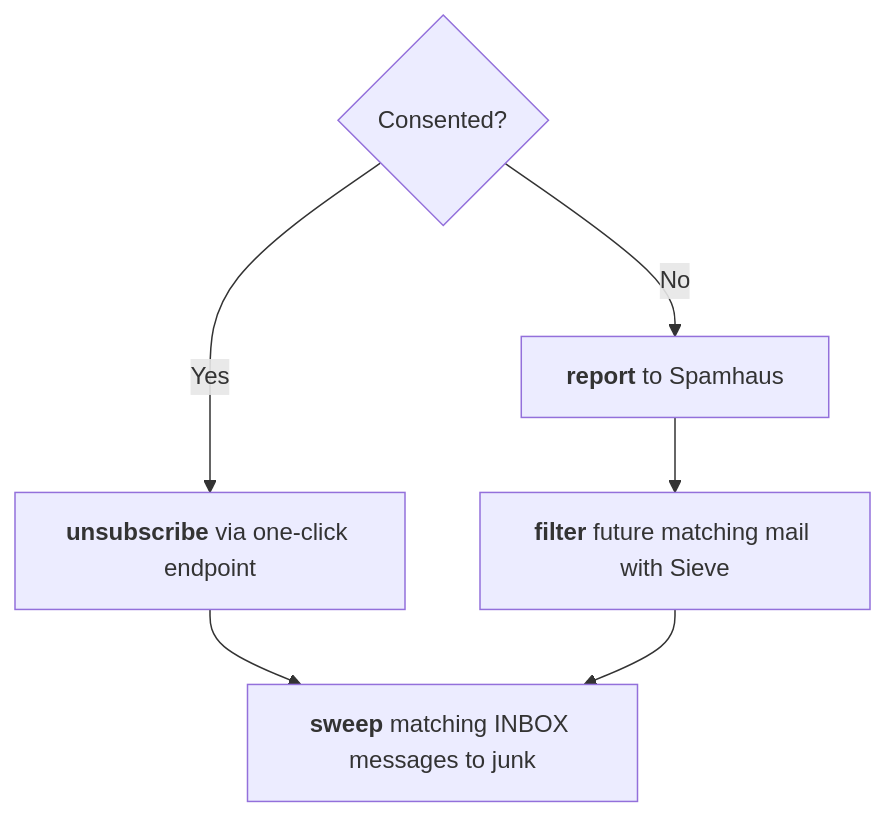
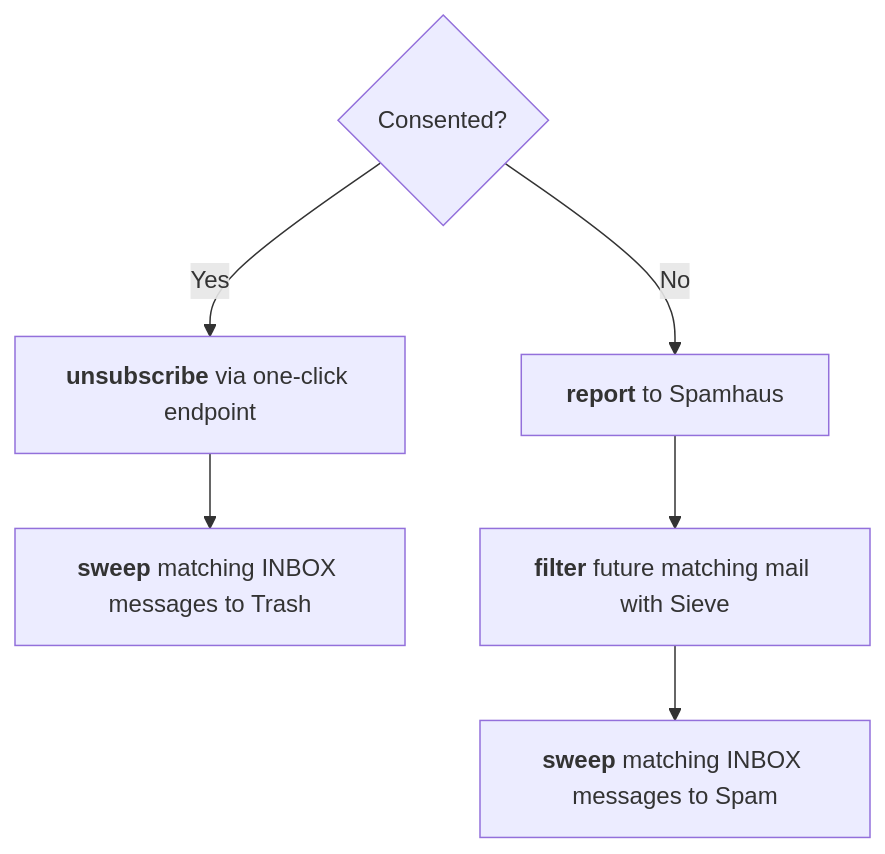
Before and after one commit to biobuddies/spamhammer: the diagram in README.md, drawn with Mermaid. The commit also changed 6 other files, not shown here.

First line of the commit message:
Sweep unsubscribed mail to Trash and reported mail to Spam

````diff
--- a/README.md
+++ b/README.md
@@ -1,9 +1,9 @@
 ```mermaid
 flowchart TD
     consent{Consented?}
     consent -->|Yes| unsubscribe["`**unsubscribe** via one-click endpoint`"]
     consent -->|No| report["`**report** to Spamhaus`"]
-    unsubscribe --> sweep["`**sweep** matching INBOX messages to junk`"]
+    unsubscribe --> trash["`**sweep** matching INBOX messages to Trash`"]
     report --> filter["`**filter** future matching mail with Sieve`"]
-    filter --> sweep
+    filter --> spam["`**sweep** matching INBOX messages to Spam`"]
 ```
````
